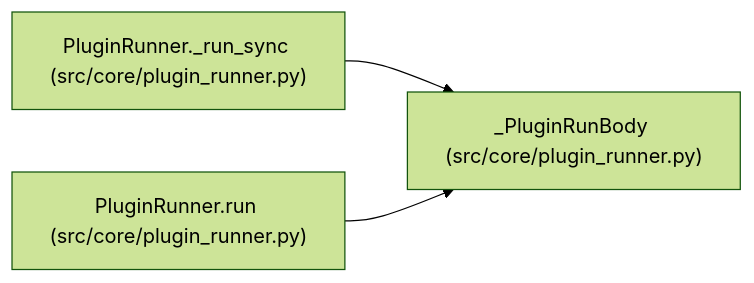
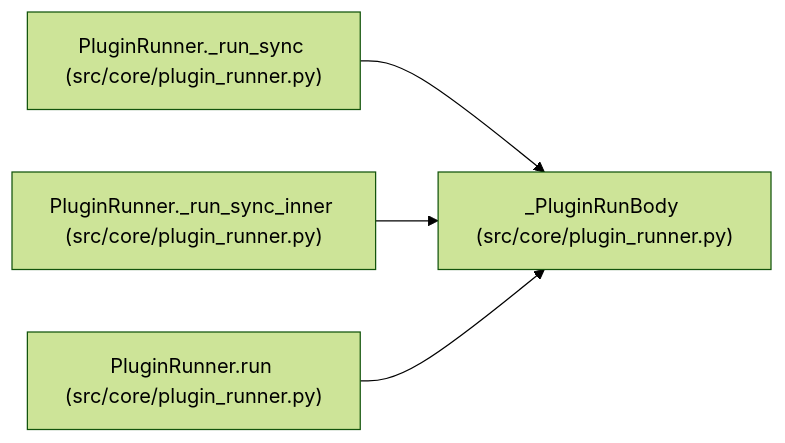
Before and after one commit to Denissvgn/autoresearch-agent: the diagram in docs/llm_wiki/entities/PluginRunBody.md, drawn with Mermaid (forest theme). The commit also changed other lines of this file and 35 other files, not shown here.

````diff
--- a/docs/llm_wiki/entities/PluginRunBody.md
+++ b/docs/llm_wiki/entities/PluginRunBody.md
@@ -33,11 +35,14 @@
 ```mermaid
 flowchart LR
     n0["_PluginRunBody (src/core/plugin_runner.py)"]
     n1["PluginRunner._run_sync (src/core/plugin_runner.py)"]
-    n2["PluginRunner.run (src/core/plugin_runner.py)"]
+    n2["PluginRunner._run_sync_inner (src/core/plugin_runner.py)"]
+    n3["PluginRunner.run (src/core/plugin_runner.py)"]
     n1 --> n0
     n2 --> n0
+    n3 --> n0
     click n0 "../modules/plugin_runner.md"
     click n1 "../modules/plugin_runner.md"
     click n2 "../modules/plugin_runner.md"
+    click n3 "../modules/plugin_runner.md"
 ```
````
